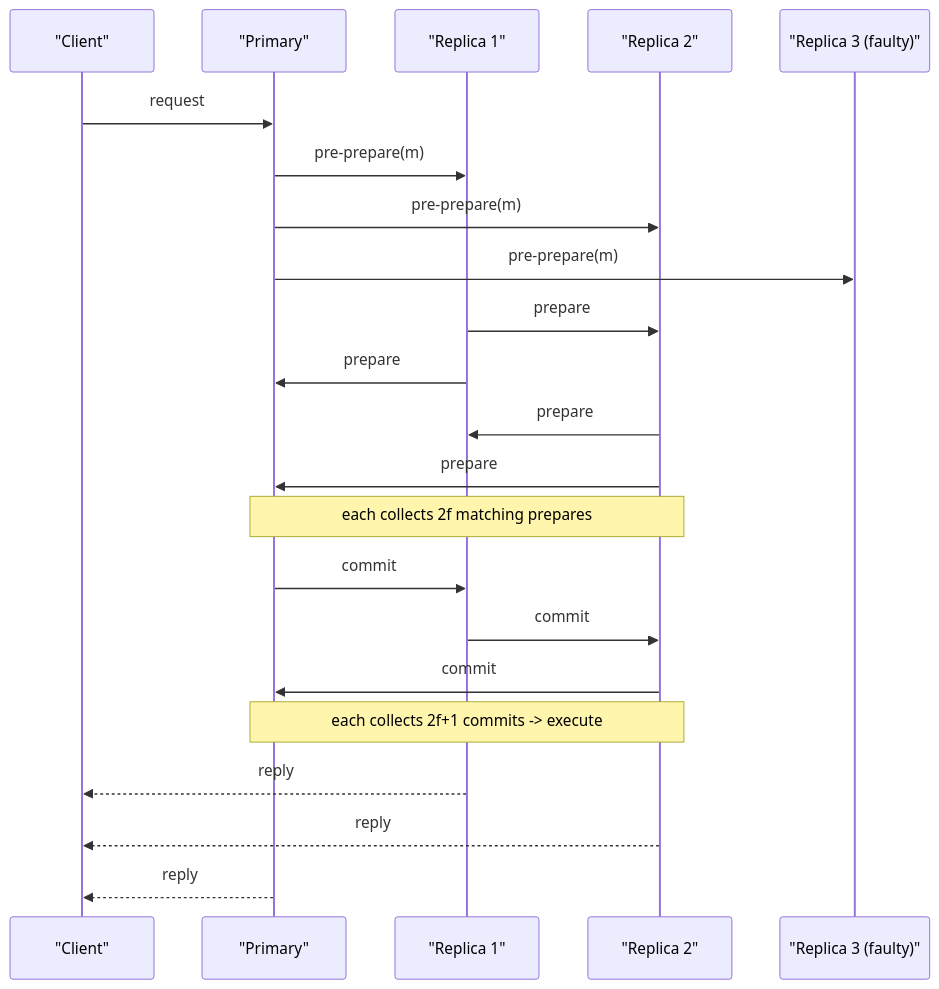
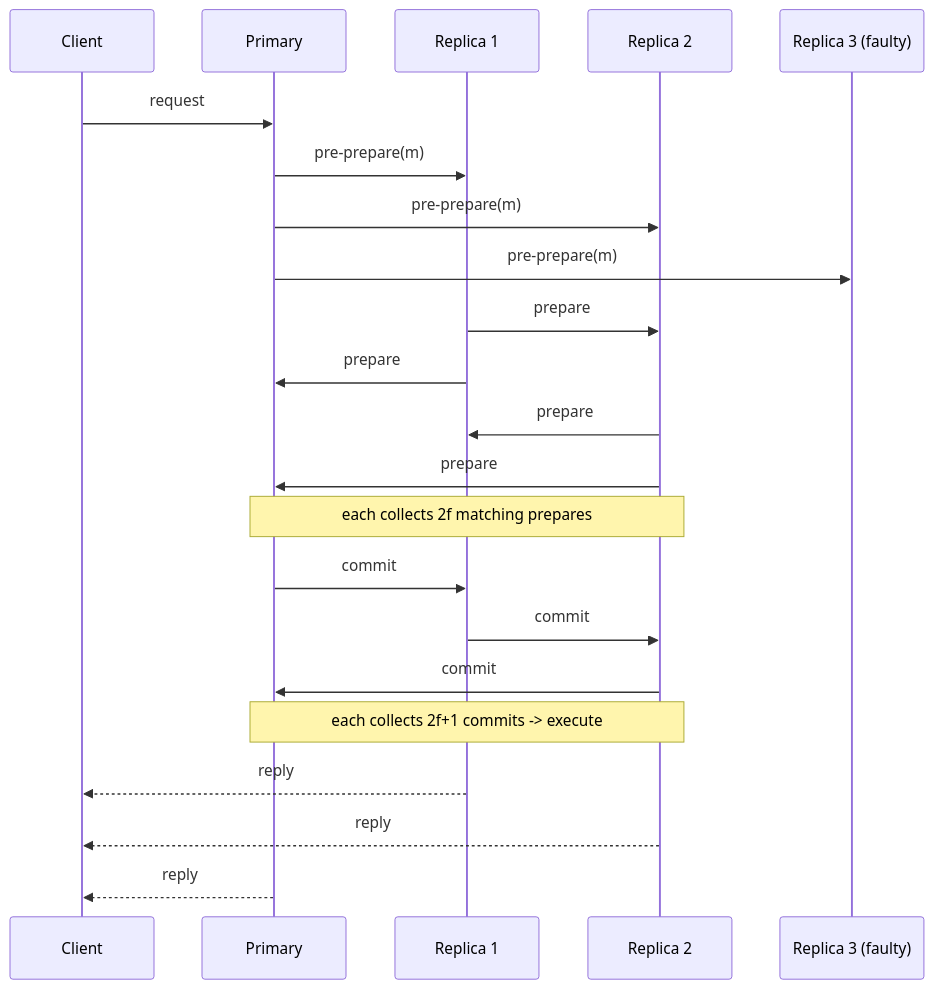
One commit to vabs/vabs.github.io changed the diagram in content/post/byzantine-fault-tolerance-basics.md. Above: the diagram before and after it, drawn with Mermaid. The commit also changed other lines of this file and 87 other files, not shown here.

First line of the commit message:
Fix: Readable mermaid diagrams and fact-check blog posts

```diff
--- a/content/post/byzantine-fault-tolerance-basics.md
+++ b/content/post/byzantine-fault-tolerance-basics.md
@@ -57,24 +57,24 @@
 {{< mermaid >}}
 sequenceDiagram
-  participant C as "Client"
-  participant P as "Primary"
-  participant R1 as "Replica 1"
-  participant R2 as "Replica 2"
-  participant R3 as "Replica 3 (faulty)"
+  participant C as Client
+  participant P as Primary
+  participant R1 as Replica 1
+  participant R2 as Replica 2
+  participant R3 as Replica 3 (faulty)
   C->>P: request
   P->>R1: pre-prepare(m)
   P->>R2: pre-prepare(m)
   P->>R3: pre-prepare(m)
   R1->>R2: prepare
   R1->>P: prepare
   R2->>R1: prepare
   R2->>P: prepare
   Note over P,R2: each collects 2f matching prepares
   P->>R1: commit
   R1->>R2: commit
   R2->>P: commit
   Note over P,R2: each collects 2f+1 commits -> execute
   R1-->>C: reply
   R2-->>C: reply
   P-->>C: reply
 {{< /mermaid >}}
```
